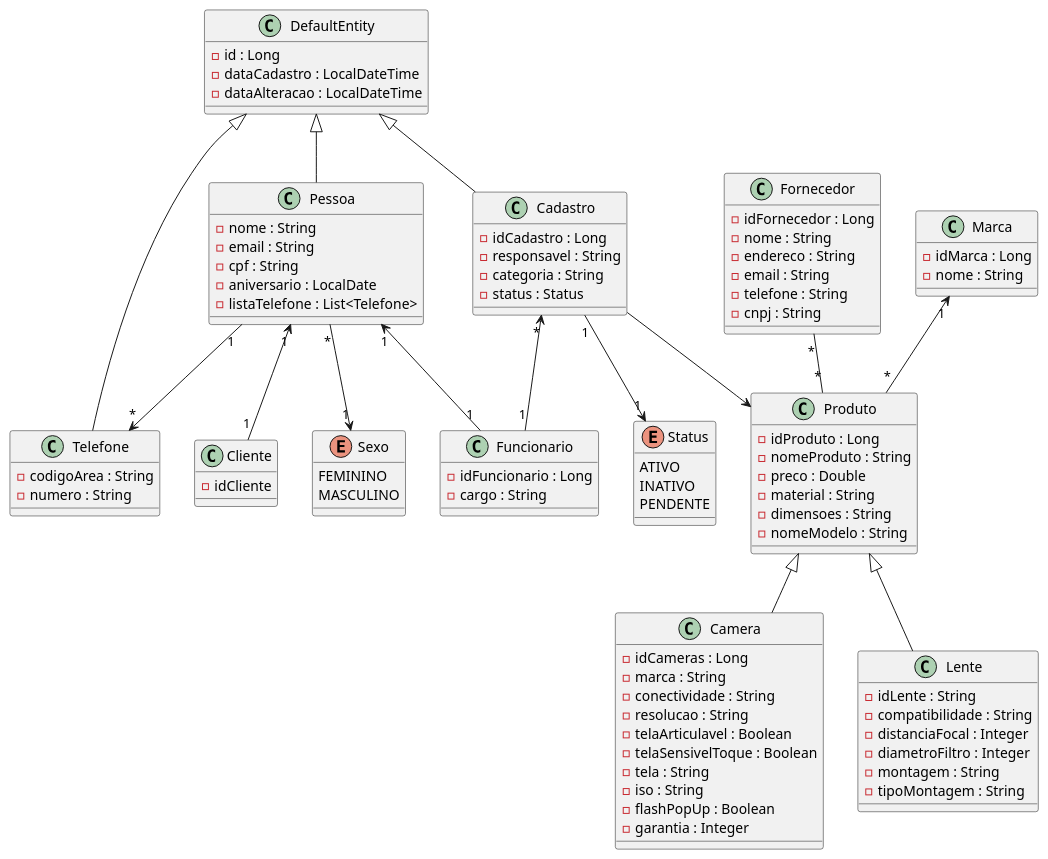
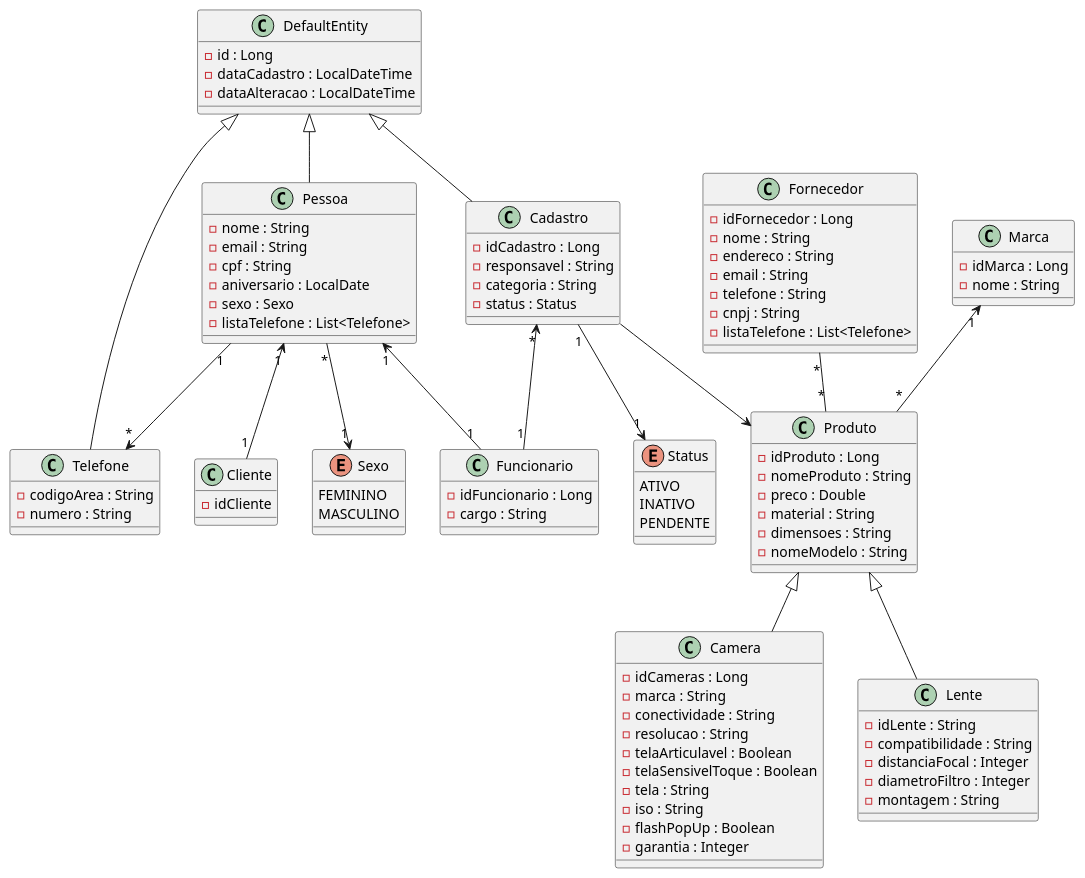
Before and after one commit to HugoValuar03/ecommerce: the diagram in src/main/java/br/unitins/topicos1/UML/modelo.plantuml, drawn with PlantUML.

Commit message:
Organizando UML

```diff
--- a/src/main/java/br/unitins/topicos1/UML/modelo.plantuml
+++ b/src/main/java/br/unitins/topicos1/UML/modelo.plantuml
@@ -1,114 +1,115 @@
 @startuml ecommerce
 class Pessoa{
   - nome : String
   - email : String
   - cpf : String
   - aniversario : LocalDate
+  - sexo : Sexo
   - listaTelefone : List<Telefone>
 }
 
 Pessoa "1" --> "*" Telefone
 
 class Cadastro{
   - idCadastro : Long
   - responsavel : String
   - categoria : String
   - status : Status 
 }
 
 DefaultEntity <|-- Cadastro
 
 Enum Status{
   ATIVO
   INATIVO
   PENDENTE
 }
 
 Cadastro "1" --> "1" Status
 Cadastro "*" <-- "1" Funcionario
 Cadastro --> Produto
 
 class Funcionario{
   - idFuncionario : Long
   - cargo : String 
 }
 
 class Cliente{
   - idCliente
 }
 
 Pessoa "1" <-- "1" Funcionario
 Pessoa "1" <-- "1" Cliente
 
 Enum Sexo{
   FEMININO
   MASCULINO
 }
 
 Pessoa "*"-->"1" Sexo
 
 class Fornecedor{
   - idFornecedor : Long
   - nome : String
   - endereco : String 
   - email : String
   - telefone : String
   - cnpj : String
+  - listaTelefone : List<Telefone>
 }
 
 class Produto{
   - idProduto : Long
   - nomeProduto : String
   - preco : Double
   - material : String
   - dimensoes : String
   - nomeModelo : String
 }
 
 class Camera{
   - idCameras : Long
   - marca : String
   - conectividade : String
   - resolucao : String
   - telaArticulavel : Boolean
   - telaSensivelToque : Boolean
   - tela : String
   - iso : String
   - flashPopUp : Boolean
   - garantia : Integer
 }
 
 class Marca{
   - idMarca : Long
   - nome : String
 }
 
 Marca "1" <-- "*" Produto
 
 class Lente{
   - idLente : String
   - compatibilidade : String
   - distanciaFocal : Integer
   - diametroFiltro : Integer
   - montagem : String
-  - tipoMontagem : String
 }
 
 class DefaultEntity{
   - id : Long
   - dataCadastro : LocalDateTime
   - dataAlteracao : LocalDateTime
 }
 
 class Telefone{
   - codigoArea : String
   - numero : String
 }
 
 DefaultEntity <|-- Telefone
 DefaultEntity <|-- Pessoa
 
 Fornecedor "*" -- "*" Produto
 Produto <|-- Camera
 Produto <|-- Lente
 @enduml
```
